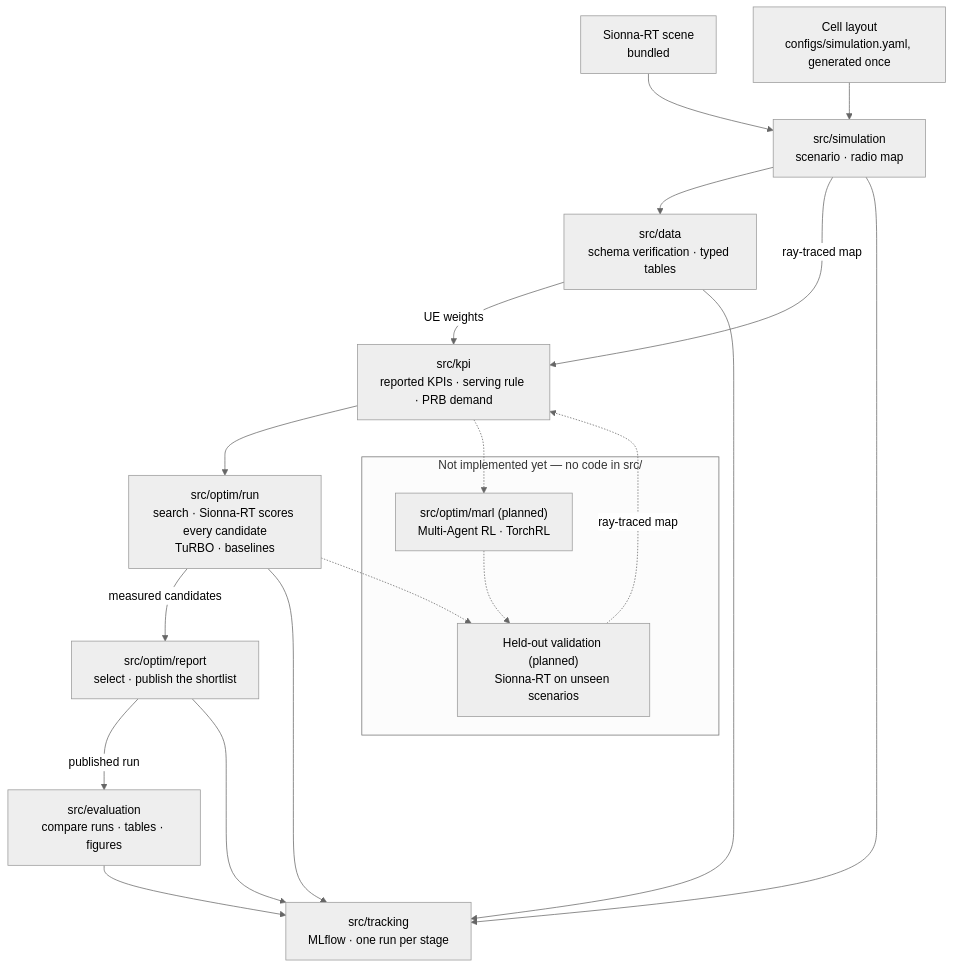
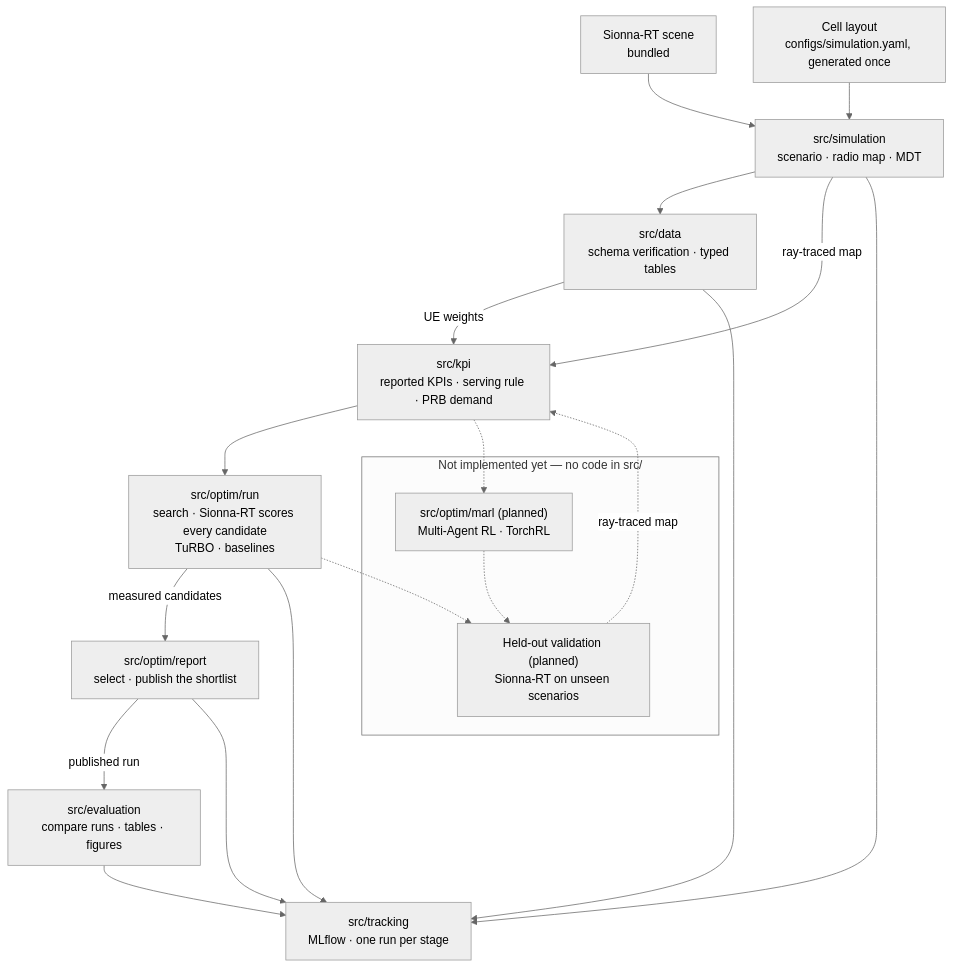
Before and after one commit to NguyenVu04/band-tilt: the diagram in README.md, drawn with Mermaid (neutral theme). The commit also changed other lines of this file and 26 other files, not shown here.

First line of the commit message:
feat: Add MDT processing to simulation and evaluation pipeline

````diff
--- a/README.md
+++ b/README.md
@@ -96,32 +98,32 @@
 ```mermaid
 flowchart TB
     scene["Sionna-RT scene<br/>bundled"]
     cells["Cell layout<br/>configs/simulation.yaml, generated once"]
 
-    sim["src/simulation<br/>scenario · radio map"]
+    sim["src/simulation<br/>scenario · radio map · MDT"]
     prep["src/data<br/>schema verification · typed tables"]
     kpi["src/kpi<br/>reported KPIs · serving rule · PRB demand"]
     opt["src/optim/run<br/>search · Sionna-RT scores every candidate<br/>TuRBO · baselines"]
     ver["src/optim/report<br/>select · publish the shortlist"]
     rep["src/evaluation<br/>compare runs · tables · figures"]
     mlf["src/tracking<br/>MLflow · one run per stage"]
 
     subgraph future["Not implemented yet — no code in src/"]
         marl["src/optim/marl (planned)<br/>Multi-Agent RL · TorchRL"]
         val["Held-out validation (planned)<br/>Sionna-RT on unseen scenarios"]
     end
 
     scene --> sim
     cells --> sim
     sim --> prep
     sim -->|ray-traced map| kpi
     prep -->|UE weights| kpi
     kpi --> opt
     opt -->|measured candidates| ver
     ver -->|published run| rep
     sim & prep & opt & ver & rep --> mlf
     kpi -.-> marl
     opt -.-> val
     marl -.-> val
     val -.->|ray-traced map| kpi
 ```
````
